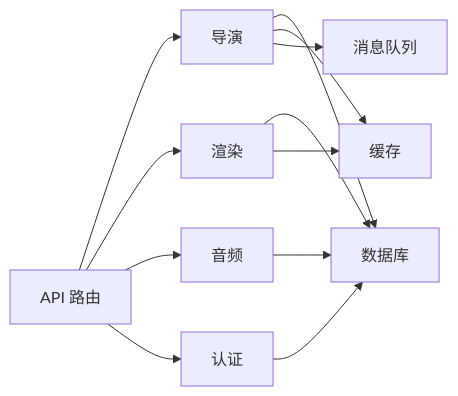
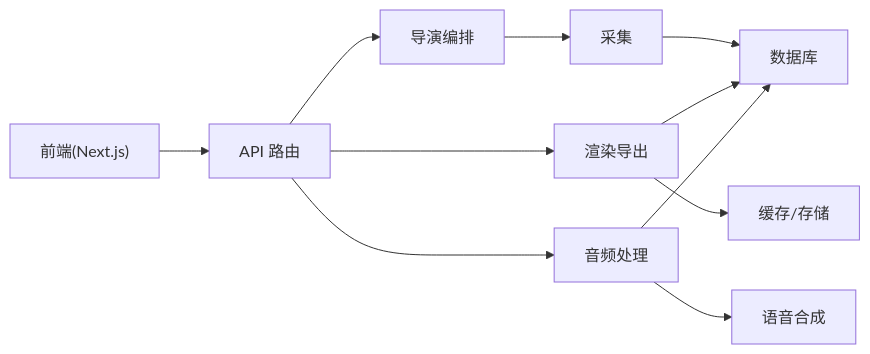
One commit to scottcwy/PurpleInk changed the tenth of 10 diagrams in .qoder/repowiki/zh/content/架构设计/架构设计.md. Above: the diagram before and after it, drawn with Mermaid. The commit also changed other lines of this file and 872 other files, not shown here.

````diff
--- a/.qoder/repowiki/zh/content/架构设计/架构设计.md
+++ b/.qoder/repowiki/zh/content/架构设计/架构设计.md
@@ -475,14 +435,13 @@
 ```mermaid
 graph LR
-API["API 路由"] --> Director["导演"]
-API --> Render["渲染"]
-API --> Audio["音频"]
-API --> Auth["认证"]
-Director --> DB["数据库"]
-Director --> Cache["缓存"]
-Director --> MQ["消息队列"]
-Render --> DB
-Render --> Cache
-Audio --> DB
-Auth --> DB
+FE["前端(Next.js)"] --> API["API 路由"]
+API --> DIR["导演编排"]
+API --> RND["渲染导出"]
+API --> AUD["音频处理"]
+DIR --> CAP["采集"]
+RND --> CCH["缓存/存储"]
+AUD --> TTS["语音合成"]
+CAP --> DB["数据库"]
+RND --> DB
+AUD --> DB
 ```
````
